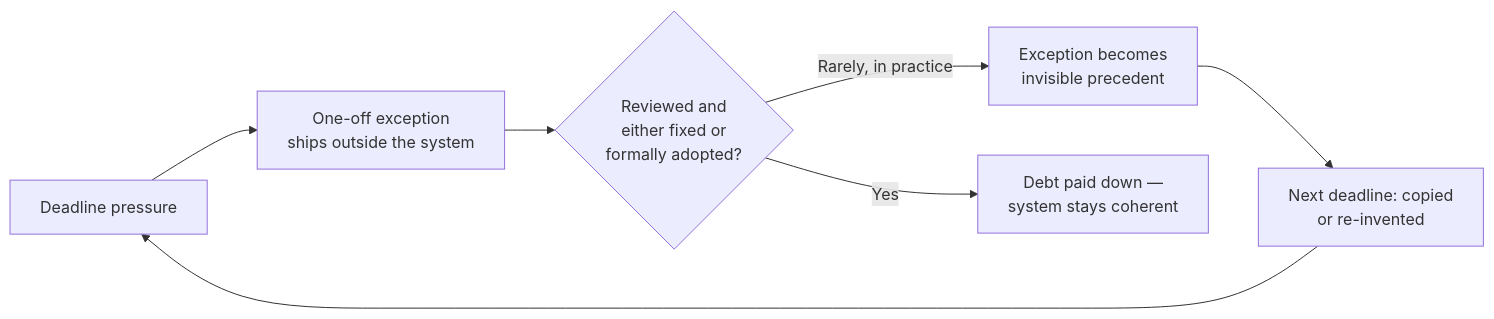
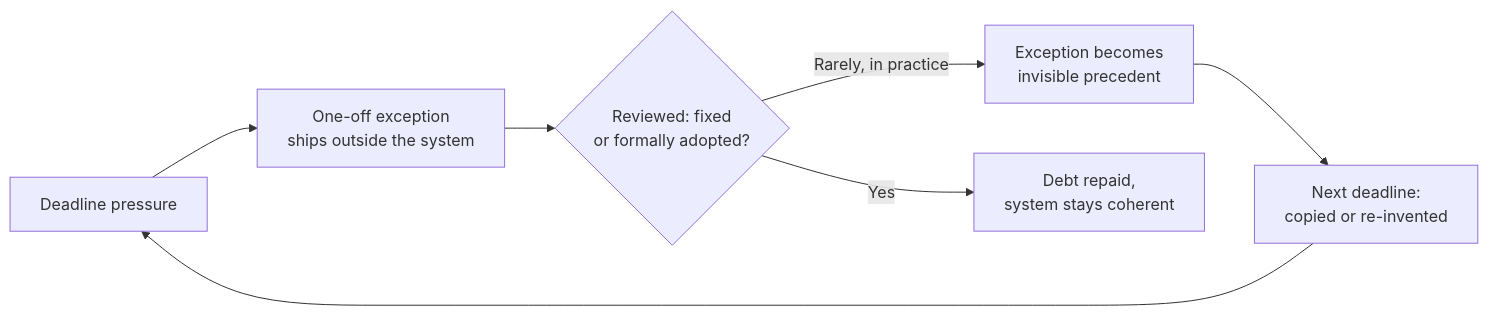
The diagram in src/content/design/design-debt-at-scale/L1-summary.mdx (francoandreDev/knowledge), drawn with Mermaid before and after one commit. The commit also changed other lines of this file and 17 other files, not shown here.

````diff
--- a/src/content/design/design-debt-at-scale/L1-summary.mdx
+++ b/src/content/design/design-debt-at-scale/L1-summary.mdx
@@ -93,9 +91,9 @@
 ```mermaid
 flowchart LR
-    D["Deadline pressure"] --> E["One-off exception\nships outside the system"]
-    E --> F{"Reviewed and\neither fixed or\nformally adopted?"}
-    F -->|Rarely, in practice| G["Exception becomes\ninvisible precedent"]
-    G --> H["Next deadline: copied\nor re-invented"]
+    D["Deadline pressure"] --> E["One-off exception<br/>ships outside the system"]
+    E --> F{"Reviewed: fixed<br/>or formally adopted?"}
+    F -->|"Rarely, in practice"| G["Exception becomes<br/>invisible precedent"]
+    G --> H["Next deadline:<br/>copied or re-invented"]
     H --> D
-    F -->|"Yes"| I["Debt paid down —\nsystem stays coherent"]
+    F -->|"Yes"| I["Debt repaid,<br/>system stays coherent"]
 ```
````
